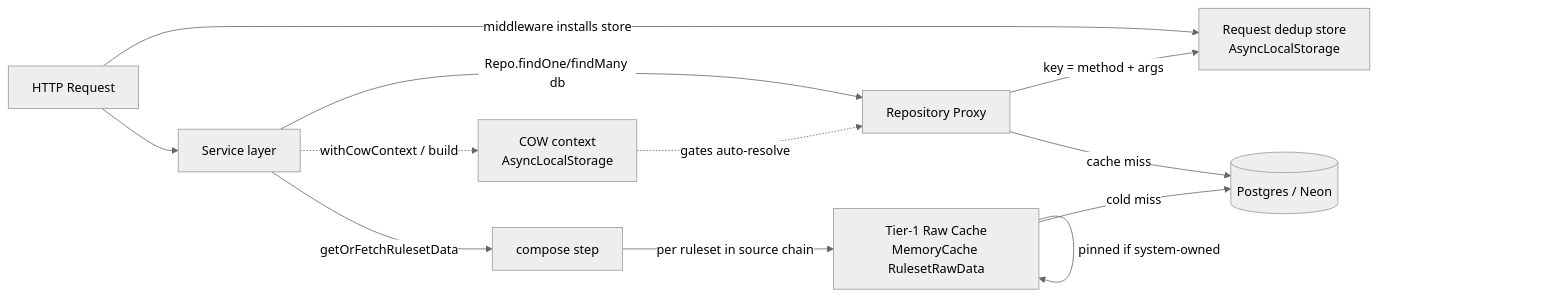
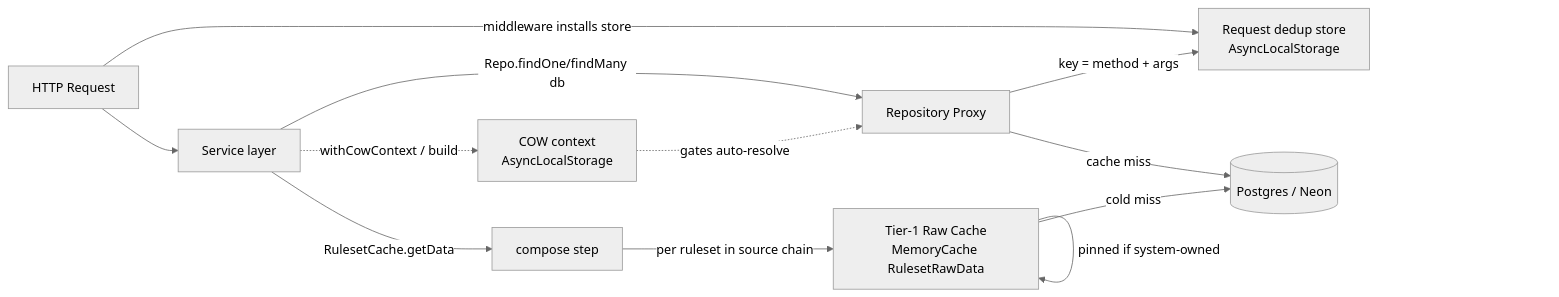
The first of 7 diagrams in docs/caching.md (PhilippeChab/arkyvree), drawn with Mermaid (neutral theme) before and after one commit. The commit also changed other lines of this file and 52 other files, not shown here.

First line of the commit message:
Make the ruleset cache one class, holding its caches with their reads and invalidation

````diff
--- a/docs/caching.md
+++ b/docs/caching.md
@@ -44,14 +44,14 @@
 ```mermaid
 flowchart LR
     Req[HTTP Request] -->|middleware installs store| Store[Request dedup store<br/>AsyncLocalStorage]
     Req --> Svc[Service layer]
     Svc -->|Repo.findOne/findMany db| Proxy[Repository Proxy]
     Proxy -->|key = method + args| Store
     Proxy -->|cache miss| PG[(Postgres / Neon)]
-    Svc -->|getOrFetchRulesetData| Compose[compose step]
+    Svc -->|RulesetCache.getData| Compose[compose step]
     Compose -->|per ruleset in source chain| Raw[Tier-1 Raw Cache<br/>MemoryCache RulesetRawData]
     Raw -->|pinned if system-owned| Raw
     Raw -->|cold miss| PG
     Svc -.->|withCowContext / build| CowCtx[COW context<br/>AsyncLocalStorage]
     CowCtx -.->|gates auto-resolve| Proxy
 ```
````
